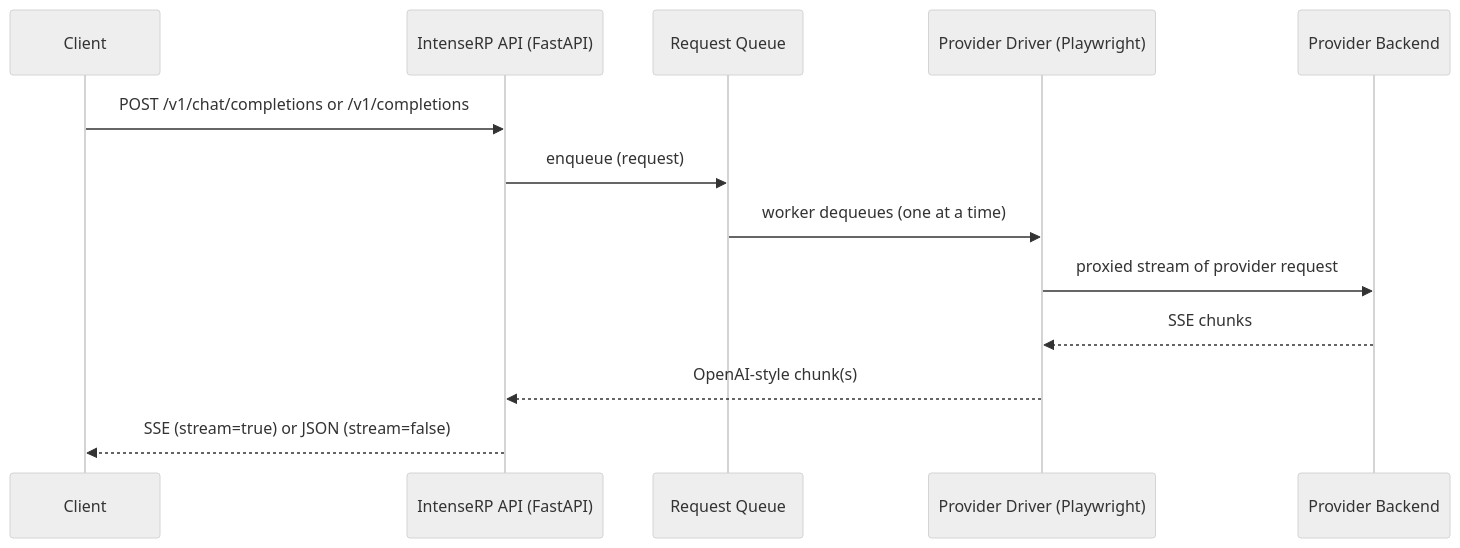
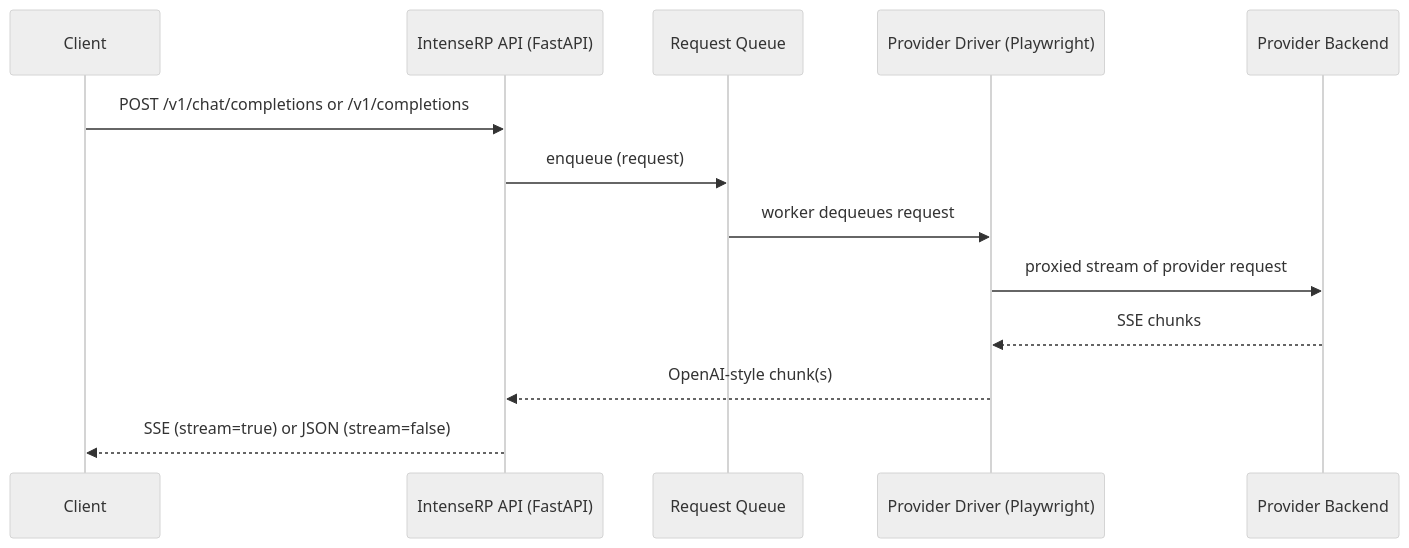
The diagram in docs/advanced/api-behavior.md (TiredDog76/intense-rp-next), drawn with Mermaid (neutral theme) before and after one commit. The commit also changed other lines of this file and 16 other files, not shown here.

````diff
--- a/docs/advanced/api-behavior.md
+++ b/docs/advanced/api-behavior.md
@@ -128,16 +128,16 @@
 ```mermaid
 sequenceDiagram
     participant C as Client
     participant A as IntenseRP API (FastAPI)
     participant Q as Request Queue
     participant D as Provider Driver (Playwright)
     participant DS as Provider Backend
 
     C->>A: POST /v1/chat/completions or /v1/completions
     A->>Q: enqueue (request)
-    Q->>D: worker dequeues (one at a time)
+    Q->>D: worker dequeues request
     D->>DS: proxied stream of provider request
     DS-->>D: SSE chunks
     D-->>A: OpenAI-style chunk(s)
     A-->>C: SSE (stream=true) or JSON (stream=false)
 ```
````
